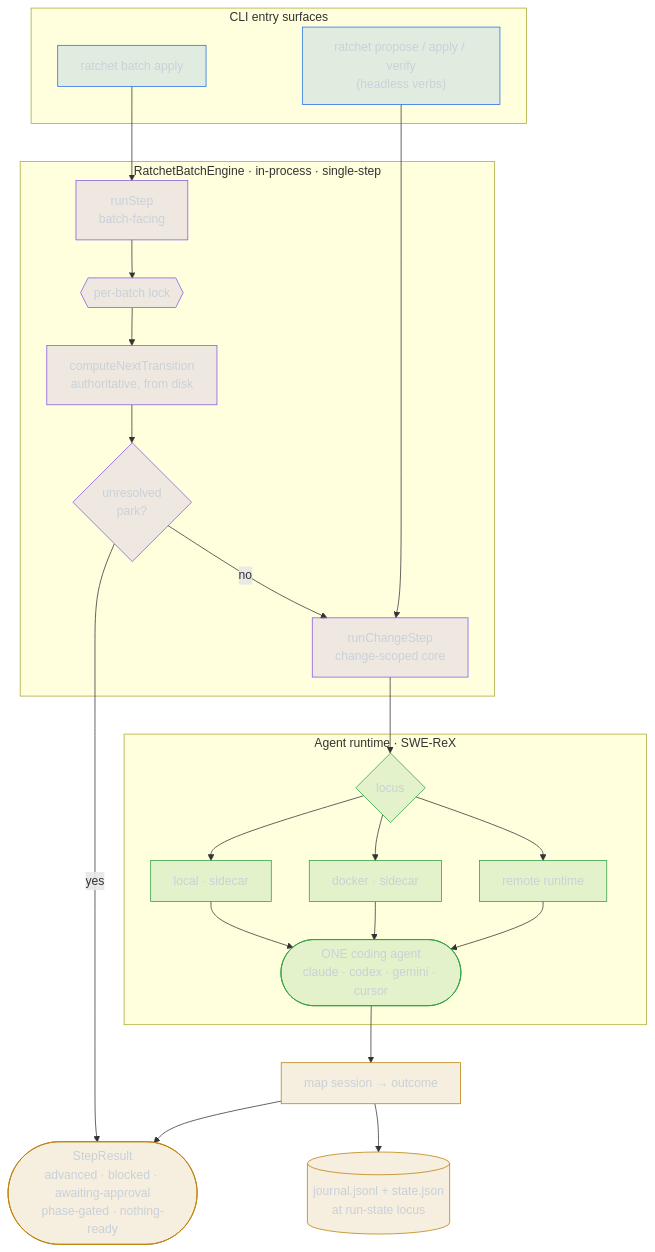
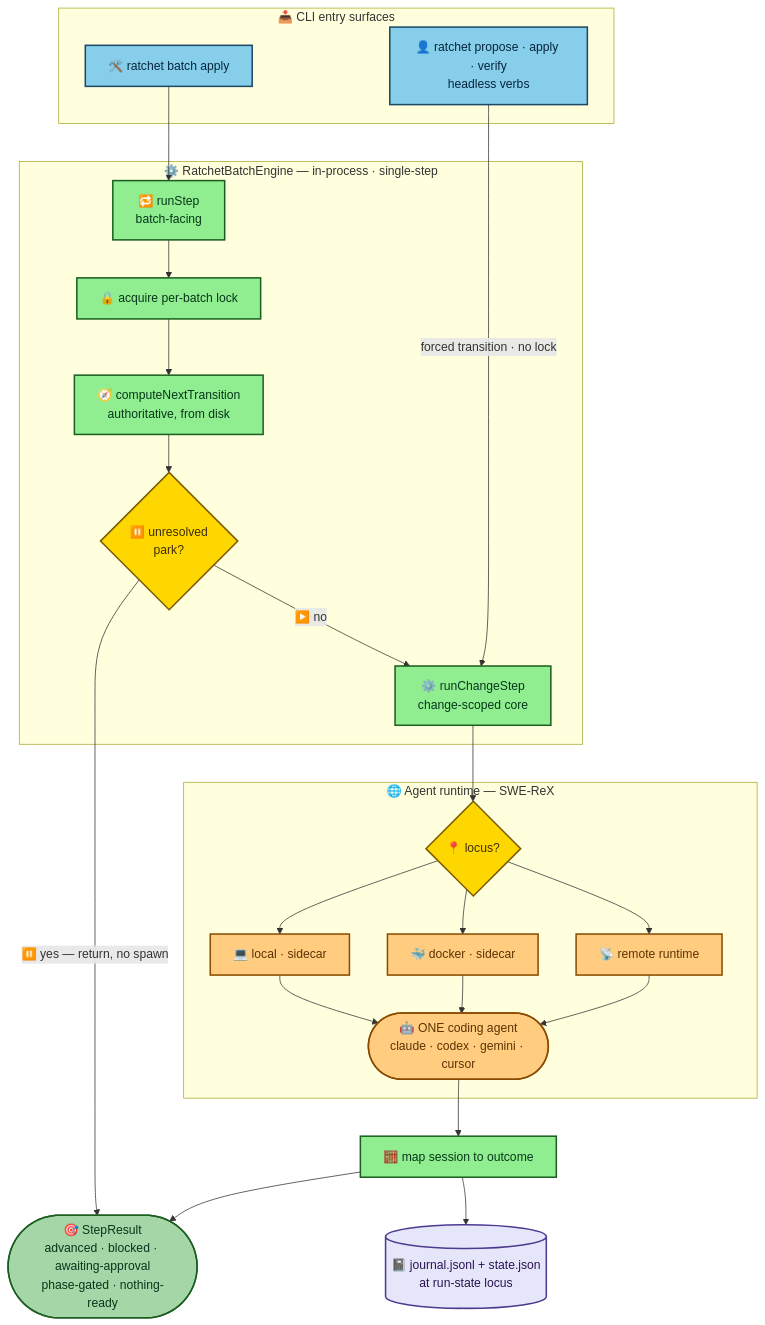
The diagram in docs/engine/overview.md (joctaTorres/ratchet), drawn with Mermaid before and after one commit.

Commit message:
docs(engine): redesign architecture diagram per design-doc-mermaid skill
Restyle the engine overview Mermaid flowchart following the design-doc-mermaid
skill conventions: Unicode semantic symbols on every node, and a high-contrast
classDef palette (solid light fills with explicit dark `color:` on every class —
entry/core/decision/runtime/store/result). Replace `&` fan-in/out chaining with
explicit edges and add edge labels for the park and headless-verb paths.

Validated: parsed clean with the bundled mermaid 11.16.0 (flowchart-v2) and a
full `docusaurus build`.

````diff
--- a/docs/engine/overview.md
+++ b/docs/engine/overview.md
@@ -25,49 +25,60 @@
 ```mermaid
 flowchart TB
-    subgraph CLI["CLI entry surfaces"]
-        BA["ratchet batch apply"]
-        HV["ratchet propose / apply / verify<br/>(headless verbs)"]
+    subgraph CLI["📥 CLI entry surfaces"]
+        BA["🛠️ ratchet batch apply"]
+        HV["👤 ratchet propose · apply · verify<br/>headless verbs"]
     end
 
-    subgraph ENGINE["RatchetBatchEngine · in-process · single-step"]
-        RS["runStep<br/>batch-facing"]
-        LOCK{{"per-batch lock"}}
-        CNT["computeNextTransition<br/>authoritative, from disk"]
-        PARK{"unresolved<br/>park?"}
-        RCS["runChangeStep<br/>change-scoped core"]
+    subgraph ENGINE["⚙️ RatchetBatchEngine — in-process · single-step"]
+        RS["🔁 runStep<br/>batch-facing"]
+        LOCK["🔒 acquire per-batch lock"]
+        CNT["🧭 computeNextTransition<br/>authoritative, from disk"]
+        PARK{"⏸️ unresolved<br/>park?"}
+        RCS["⚙️ runChangeStep<br/>change-scoped core"]
     end
 
-    subgraph RUNTIME["Agent runtime · SWE-ReX"]
-        RT{"locus"}
-        LOC["local · sidecar"]
-        DOC["docker · sidecar"]
-        REM["remote runtime"]
-        AGENT(["ONE coding agent<br/>claude · codex · gemini · cursor"])
+    subgraph RUNTIME["🌐 Agent runtime — SWE-ReX"]
+        RT{"📍 locus?"}
+        LOC["💻 local · sidecar"]
+        DOC["🐳 docker · sidecar"]
+        REM["📡 remote runtime"]
+        AGENT(["🤖 ONE coding agent<br/>claude · codex · gemini · cursor"])
     end
 
-    OUT["map session &rarr; outcome"]
-    JOURNAL[("journal.jsonl + state.json<br/>at run-state locus")]
-    RES(["StepResult<br/>advanced · blocked · awaiting-approval<br/>phase-gated · nothing-ready"])
+    OUT["🧮 map session to outcome"]
+    JOURNAL[("📓 journal.jsonl + state.json<br/>at run-state locus")]
+    RES(["🎯 StepResult<br/>advanced · blocked · awaiting-approval<br/>phase-gated · nothing-ready"])
 
     BA --> RS
-    RS --> LOCK --> CNT --> PARK
-    PARK -- yes --> RES
-    PARK -- no --> RCS
-    HV --> RCS
+    RS --> LOCK
+    LOCK --> CNT
+    CNT --> PARK
+    PARK -->|"⏸️ yes — return, no spawn"| RES
+    PARK -->|"▶️ no"| RCS
+    HV -->|"forced transition · no lock"| RCS
 
     RCS --> RT
-    RT --> LOC & DOC & REM
-    LOC & DOC & REM --> AGENT
+    RT --> LOC
+    RT --> DOC
+    RT --> REM
+    LOC --> AGENT
+    DOC --> AGENT
+    REM --> AGENT
     AGENT --> OUT
     OUT --> JOURNAL
     OUT --> RES
 
-    classDef entry fill:#1f6feb22,stroke:#1f6feb,color:#c9d1d9;
-    classDef core fill:#8957e522,stroke:#8957e5,color:#c9d1d9;
-    classDef runtime fill:#2ea04322,stroke:#2ea043,color:#c9d1d9;
-    classDef result fill:#bb800922,stroke:#bb8009,color:#c9d1d9;
+    classDef entry fill:#87CEEB,stroke:#1b4965,stroke-width:2px,color:#06263d;
+    classDef core fill:#90EE90,stroke:#1b5e20,stroke-width:2px,color:#06371a;
+    classDef decision fill:#FFD700,stroke:#7a5c00,stroke-width:2px,color:#3d2e00;
+    classDef runtime fill:#FFCC80,stroke:#8a4b00,stroke-width:2px,color:#5d3300;
+    classDef store fill:#E6E6FA,stroke:#4b3b8f,stroke-width:2px,color:#2a1452;
+    classDef result fill:#A5D6A7,stroke:#1b5e20,stroke-width:2px,color:#06371a;
+
     class BA,HV entry;
-    class RS,LOCK,CNT,PARK,RCS core;
-    class RT,LOC,DOC,REM,AGENT runtime;
-    class OUT,JOURNAL,RES result;
+    class RS,LOCK,CNT,RCS,OUT core;
+    class PARK,RT decision;
+    class LOC,DOC,REM,AGENT runtime;
+    class JOURNAL store;
+    class RES result;
 ```
````
